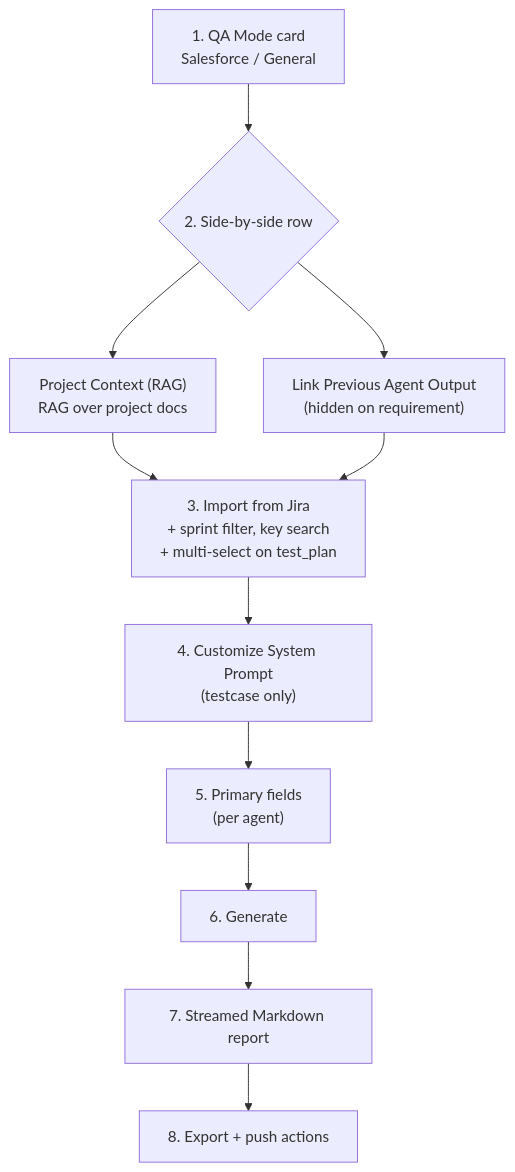
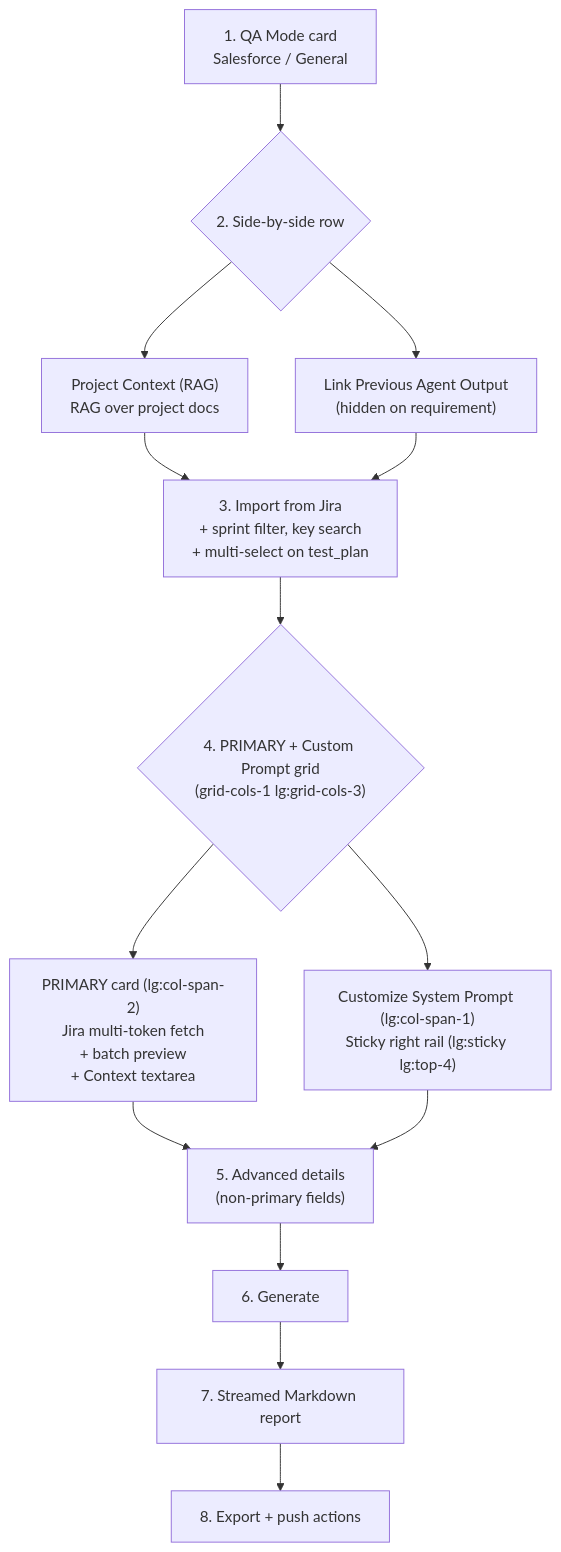
The third of 13 diagrams in FLOW_DIAGRAM.md (shahronit/SF-QA-WEB), drawn with Mermaid before and after one commit. The commit also changed other lines of this file and 9 other files, not shown here.

````diff
--- a/FLOW_DIAGRAM.md
+++ b/FLOW_DIAGRAM.md
@@ -116,22 +116,27 @@
 ```mermaid
 flowchart TD
   QA["1. QA Mode card<br/>Salesforce / General"]
   Row{"2. Side-by-side row"}
   RAG["Project Context (RAG)<br/>RAG over project docs"]
   Link["Link Previous Agent Output<br/>(hidden on requirement)"]
   Jira["3. Import from Jira<br/>+ sprint filter, key search<br/>+ multi-select on test_plan"]
-  CPE["4. Customize System Prompt<br/>(testcase only)"]
-  Fields["5. Primary fields<br/>(per agent)"]
+  PrimaryGrid{"4. PRIMARY + Custom Prompt grid<br/>(grid-cols-1 lg:grid-cols-3)"}
+  Primary["PRIMARY card (lg:col-span-2)<br/>Jira multi-token fetch<br/>+ batch preview<br/>+ Context textarea"]
+  CPE["Customize System Prompt (lg:col-span-1)<br/>Sticky right rail (lg:sticky lg:top-4)"]
+  Advanced["5. Advanced details<br/>(non-primary fields)"]
   Generate["6. Generate"]
   Stream["7. Streamed Markdown report"]
   Actions["8. Export + push actions"]
 
   QA --> Row
   Row --> RAG
   Row --> Link
   RAG --> Jira
   Link --> Jira
-  Jira --> CPE
-  CPE --> Fields
-  Fields --> Generate --> Stream --> Actions
+  Jira --> PrimaryGrid
+  PrimaryGrid --> Primary
+  PrimaryGrid --> CPE
+  Primary --> Advanced
+  CPE --> Advanced
+  Advanced --> Generate --> Stream --> Actions
 ```
````
